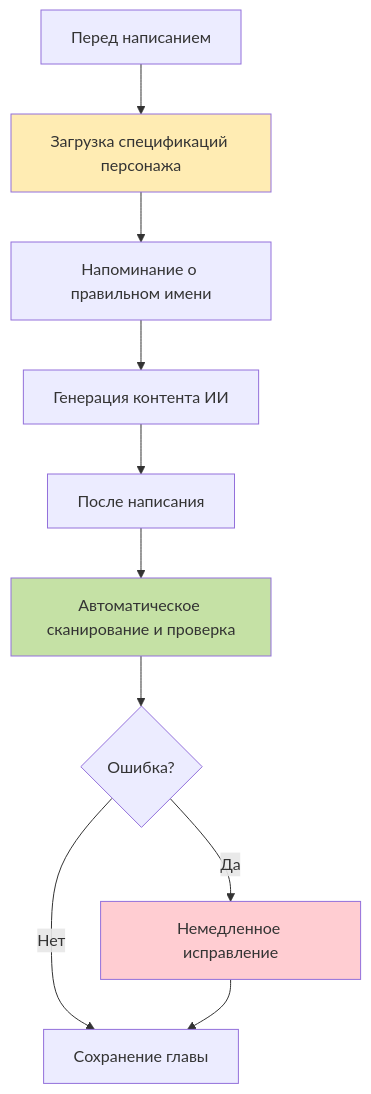
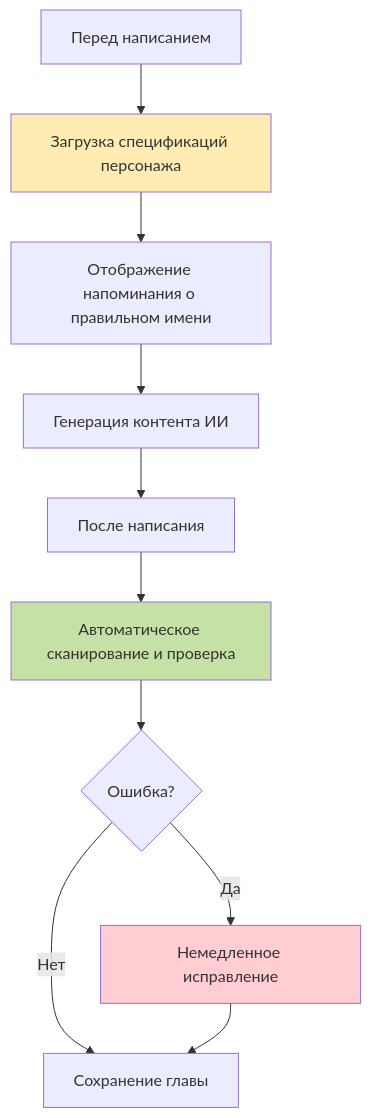
The fifth of 9 diagrams in docs/novel-writing-guide.md (jakerdy/novel-writer-ru), drawn with Mermaid before and after one commit. The commit also changed other lines of this file and 397 other files, not shown here.

````diff
--- a/docs/novel-writing-guide.md
+++ b/docs/novel-writing-guide.md
@@ -333,16 +332,16 @@
 ```mermaid
 graph TB
     A[Перед написанием] --> B[Загрузка спецификаций персонажа]
-    B --> C[Напоминание о правильном имени]
+    B --> C[Отображение напоминания о правильном имени]
     C --> D[Генерация контента ИИ]
     D --> E[После написания]
     E --> F[Автоматическое сканирование и проверка]
     F --> G{Ошибка?}
     G -->|Да| H[Немедленное исправление]
     G -->|Нет| I[Сохранение главы]
     H --> I
 
     style B fill:#ffecb3
     style F fill:#c5e1a5
     style H fill:#ffcdd2
 ```
````
